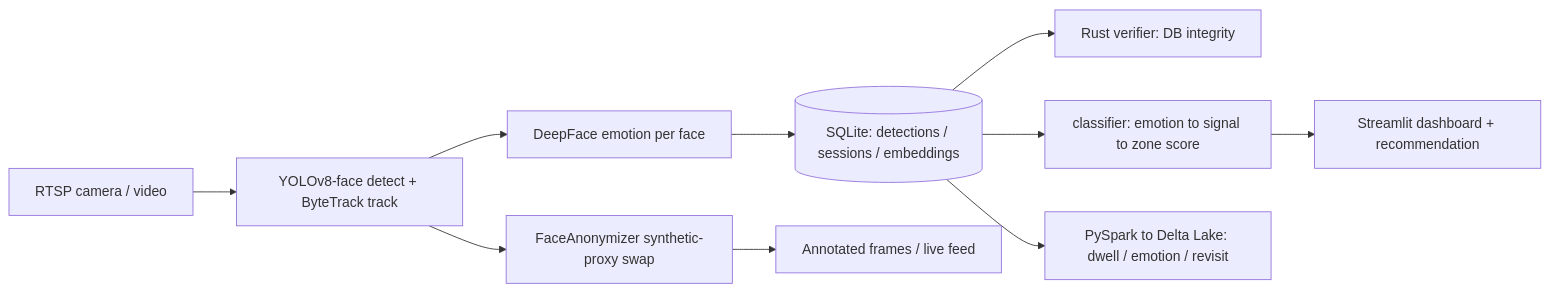
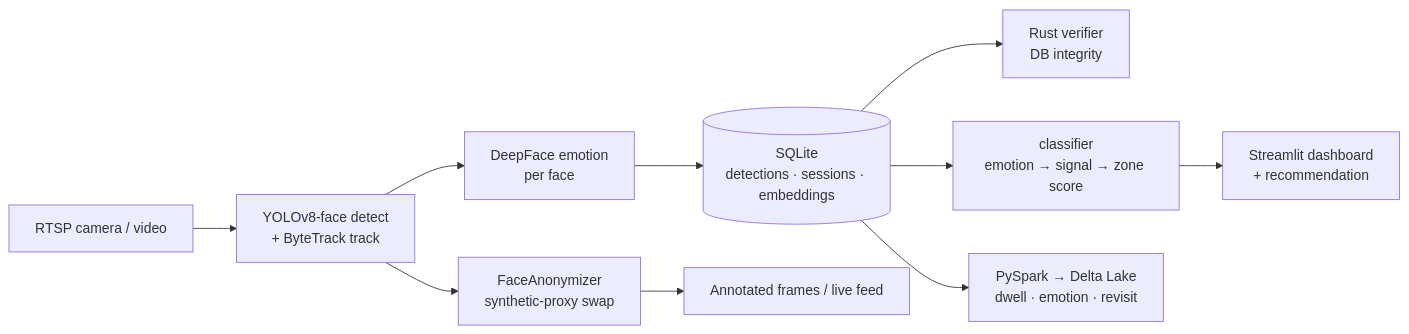
Before and after one commit to cwossen/retail-emotion-sensing: the diagram in README.md, drawn with Mermaid. The commit also changed other lines of this file, not shown here.

````diff
--- a/README.md
+++ b/README.md
@@ -23,12 +23,12 @@
 ```mermaid
 flowchart LR
-    A[RTSP camera / video] --> B[YOLOv8-face detect + ByteTrack track]
-    B --> C[DeepFace emotion per face]
-    B --> D[FaceAnonymizer synthetic-proxy swap]
-    C --> E[(SQLite: detections / sessions / embeddings)]
+    A[RTSP camera / video] --> B[YOLOv8-face detect<br/>+ ByteTrack track]
+    B --> C[DeepFace emotion<br/>per face]
+    B --> D[FaceAnonymizer<br/>synthetic-proxy swap]
+    C --> E[(SQLite<br/>detections · sessions · embeddings)]
     D --> F[Annotated frames / live feed]
-    E --> G[Rust verifier: DB integrity]
-    E --> H[classifier: emotion to signal to zone score]
-    H --> I[Streamlit dashboard + recommendation]
-    E --> J[PySpark to Delta Lake: dwell / emotion / revisit]
+    E --> G[Rust verifier<br/>DB integrity]
+    E --> H[classifier<br/>emotion → signal → zone score]
+    H --> I[Streamlit dashboard<br/>+ recommendation]
+    E --> J[PySpark → Delta Lake<br/>dwell · emotion · revisit]
 ```
````
